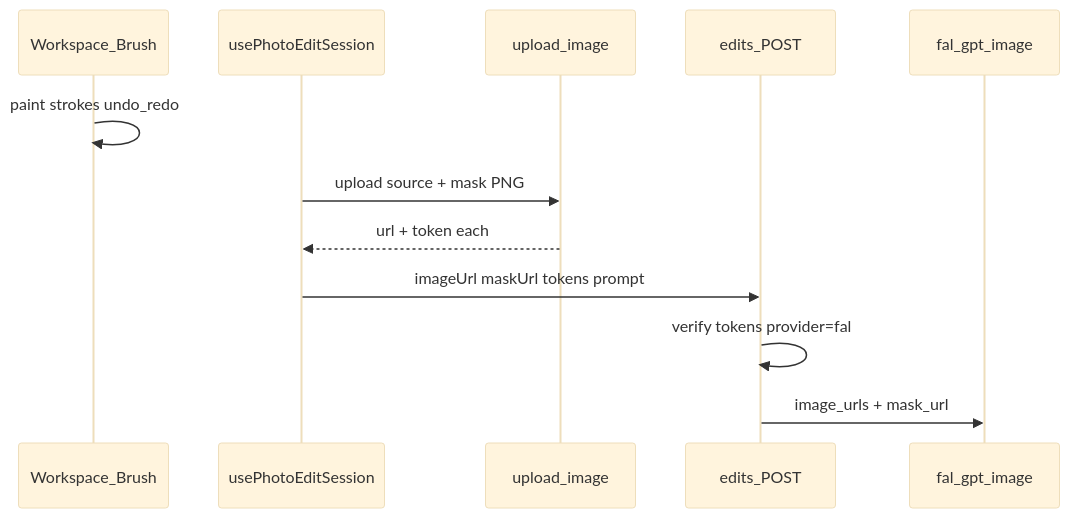
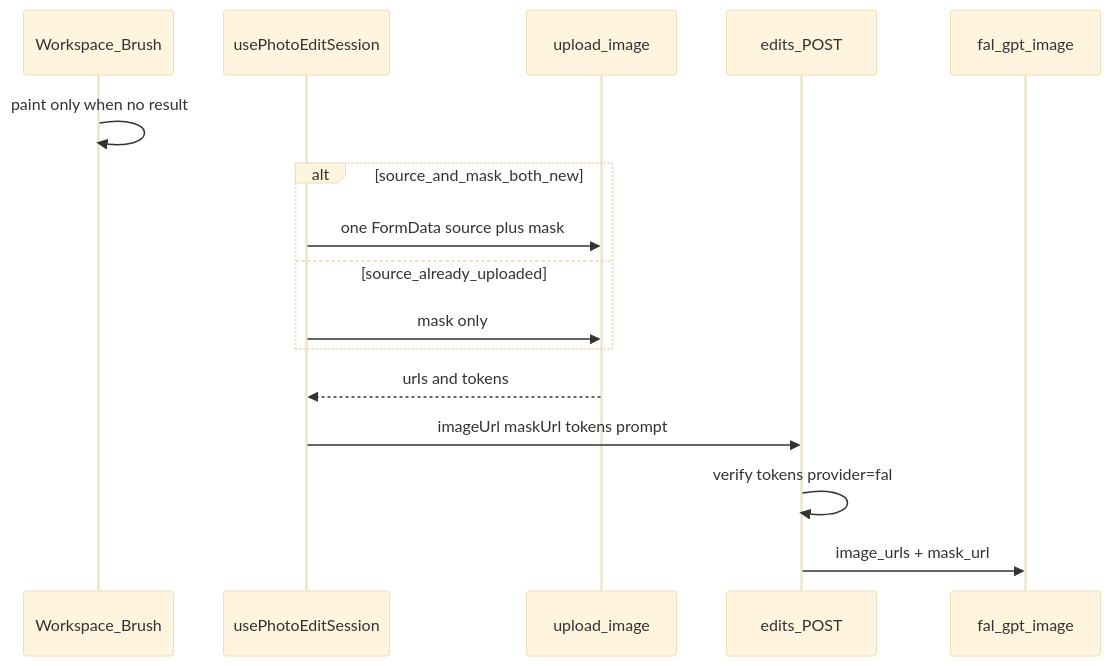
Before and after one commit to CoderLim/ai-photo-editor: the diagram in docs/precision-edit-fal-mask-plan.md, drawn with Mermaid (base theme). The commit also changed other lines of this file, not shown here.

First line of the commit message:
docs: lock P1 upload batching and result-state brush rules

````diff
--- a/docs/precision-edit-fal-mask-plan.md
+++ b/docs/precision-edit-fal-mask-plan.md
@@ -34,15 +48,19 @@
 ```mermaid
 sequenceDiagram
   participant UI as Workspace_Brush
   participant Sess as usePhotoEditSession
   participant Up as upload_image
   participant API as edits_POST
   participant Fal as fal_gpt_image
 
-  UI->>UI: paint strokes undo_redo
-  Sess->>Up: upload source + mask PNG
-  Up-->>Sess: url + token each
+  UI->>UI: paint only when no result
+  alt source_and_mask_both_new
+    Sess->>Up: one FormData source plus mask
+  else source_already_uploaded
+    Sess->>Up: mask only
+  end
+  Up-->>Sess: urls and tokens
   Sess->>API: imageUrl maskUrl tokens prompt
   API->>API: verify tokens provider=fal
   API->>Fal: image_urls + mask_url
 ```
````
